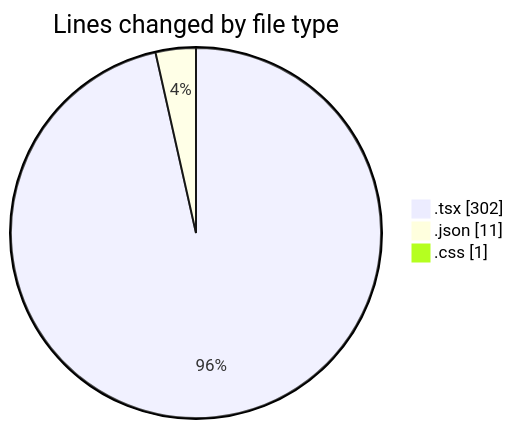
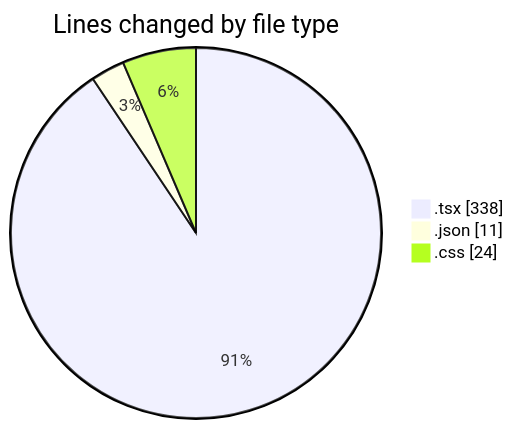
The first of 2 diagrams in 2025-05-05/niten/README.md (Elitesun/code-tracking), drawn with Mermaid before and after one commit. The commit also changed other lines of this file and 1 other file, not shown here.

````diff
--- a/2025-05-05/niten/README.md
+++ b/2025-05-05/niten/README.md
@@ -29,7 +30,7 @@
 ```mermaid
 pie showData
 title Lines changed by file type
-".tsx" : 302
+".tsx" : 338
 ".json" : 11
-".css" : 1
+".css" : 24
 ```
````
